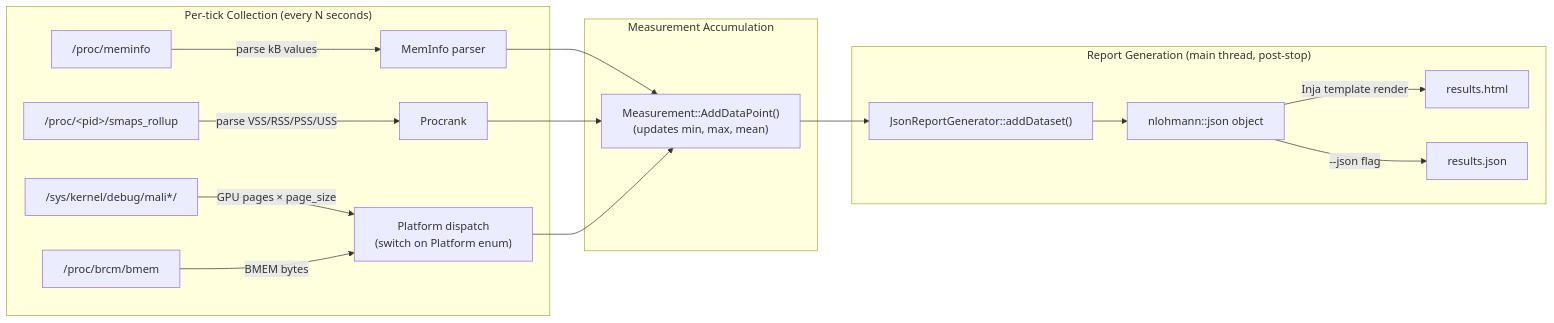
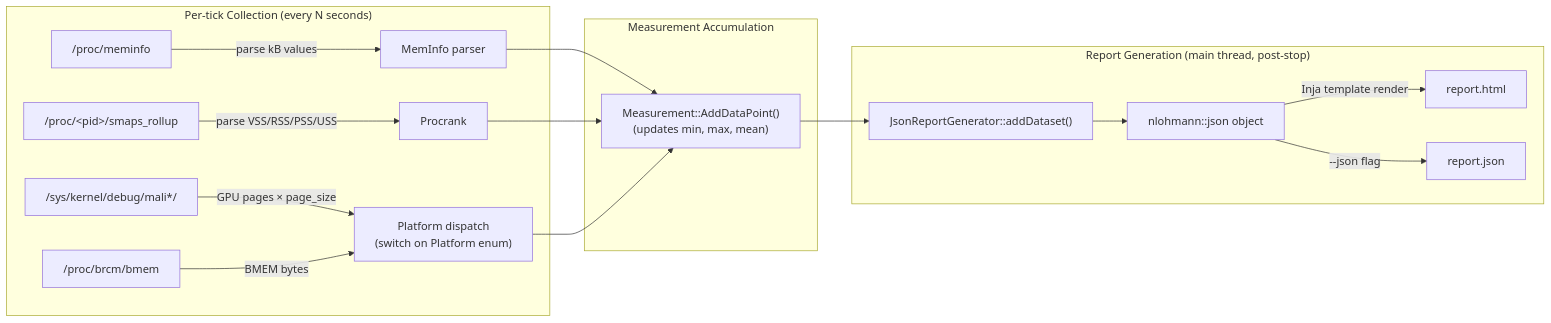
Before and after one commit to rdkcentral/MemCapture: the fourth of 9 diagrams in docs/architecture/overview.md, drawn with Mermaid. The commit also changed other lines of this file and 11 other files, not shown here.

First line of the commit message:
Apply PR review feedback: fix output filenames, JSON schema, std::map docs, and prerequisites

````diff
--- a/docs/architecture/overview.md
+++ b/docs/architecture/overview.md
@@ -168,22 +168,22 @@
 ```mermaid
 flowchart LR
     subgraph Collection["Per-tick Collection (every N seconds)"]
         A["/proc/meminfo"] -->|parse kB values| B["MemInfo parser"]
         C["/proc/&lt;pid&gt;/smaps_rollup"] -->|parse VSS/RSS/PSS/USS| D["Procrank"]
         E["/sys/kernel/debug/mali*/"] -->|GPU pages × page_size| F["Platform dispatch\n(switch on Platform enum)"]
         G["/proc/brcm/bmem"] -->|BMEM bytes| F
     end
 
     subgraph Accumulation["Measurement Accumulation"]
         B --> H["Measurement::AddDataPoint()\n(updates min, max, mean)"]
         D --> H
         F --> H
     end
 
     subgraph Reporting["Report Generation (main thread, post-stop)"]
         H --> I["JsonReportGenerator::addDataset()"]
         I --> J["nlohmann::json object"]
-        J -->|Inja template render| K["results.html"]
-        J -->|--json flag| L["results.json"]
+        J -->|Inja template render| K["report.html"]
+        J -->|--json flag| L["report.json"]
     end
 ```
````
